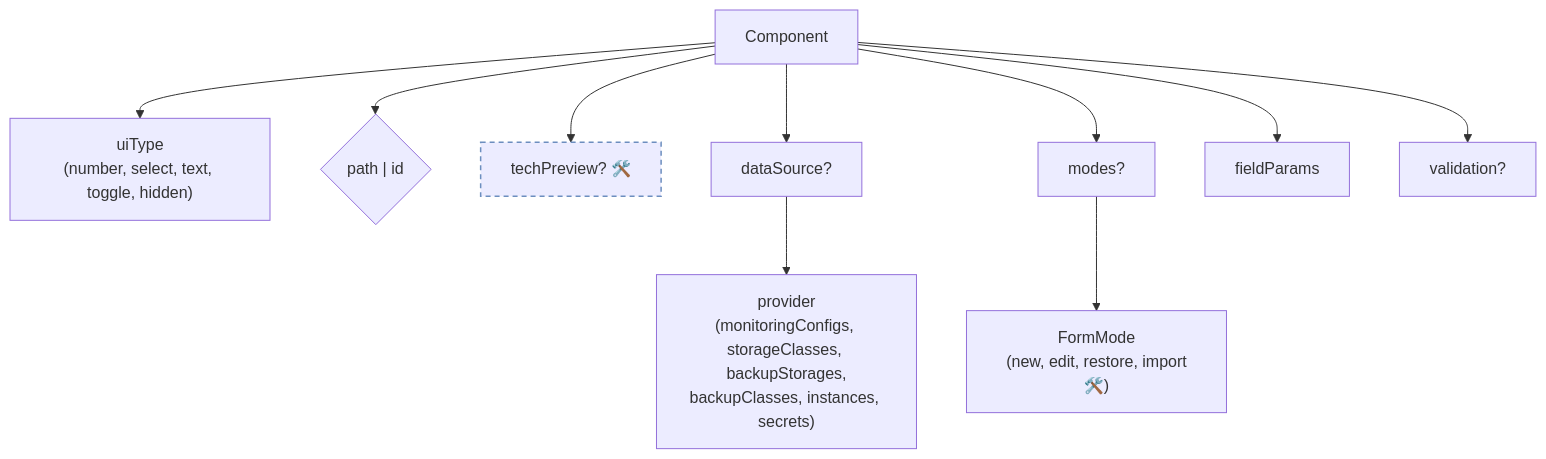
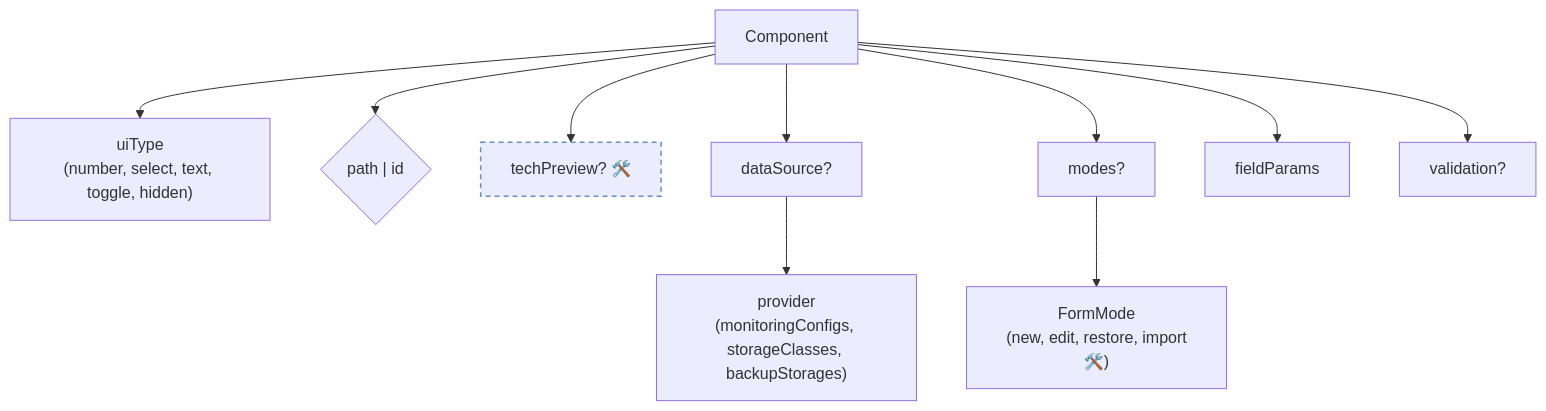
One commit to openeverest/openeverest changed the third of 6 diagrams in docs/ui/architecture/ui-generator/schema-reference.md. Above: the diagram before and after it, drawn with Mermaid. The commit also changed other lines of this file and 12 other files, not shown here.

First line of the commit message:
refactor(ui): scope the data sources PR to backupStorages

````diff
--- a/docs/ui/architecture/ui-generator/schema-reference.md
+++ b/docs/ui/architecture/ui-generator/schema-reference.md
@@ -50,15 +50,15 @@
 ```mermaid
 flowchart TD
   CMP["Component"] --> UT["uiType<br/>(number, select, text, toggle, hidden)"]
   CMP --> PID{"path | id"}
   CMP --> TP2["techPreview? 🛠️"]
   CMP --> DS2["dataSource?"]
-  DS2 --> PROVIDER["provider<br/>(monitoringConfigs, storageClasses, backupStorages,<br/>backupClasses, instances, secrets)"]
+  DS2 --> PROVIDER["provider<br/>(monitoringConfigs, storageClasses, backupStorages)"]
   CMP --> MOD2["modes?"]
   MOD2 --> FORM_MODE["FormMode<br/>(new, edit, restore, import🛠️)"]
   CMP --> FP2["fieldParams"]
   CMP --> VAL2["validation?"]
 
   classDef planned stroke-dasharray:5 4,stroke:#6c8ebf,stroke-width:1.5px;
   class TP2 planned;
 ```
````
